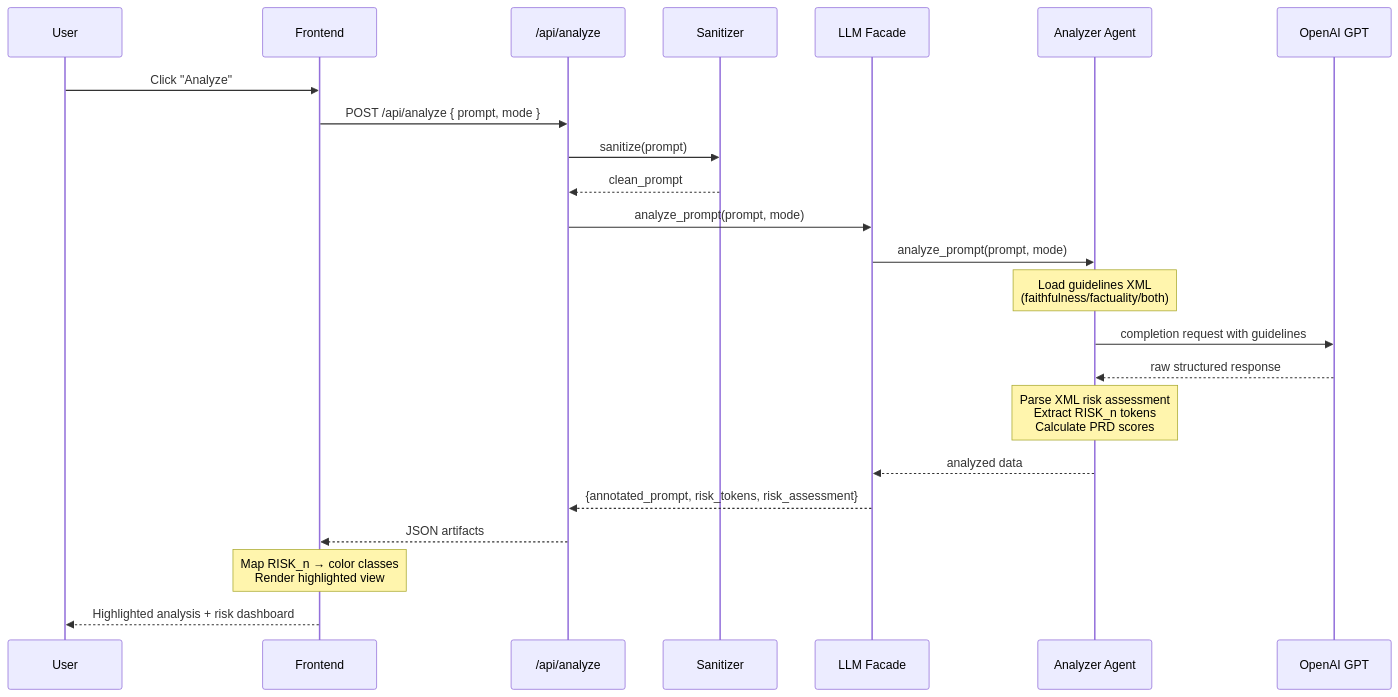
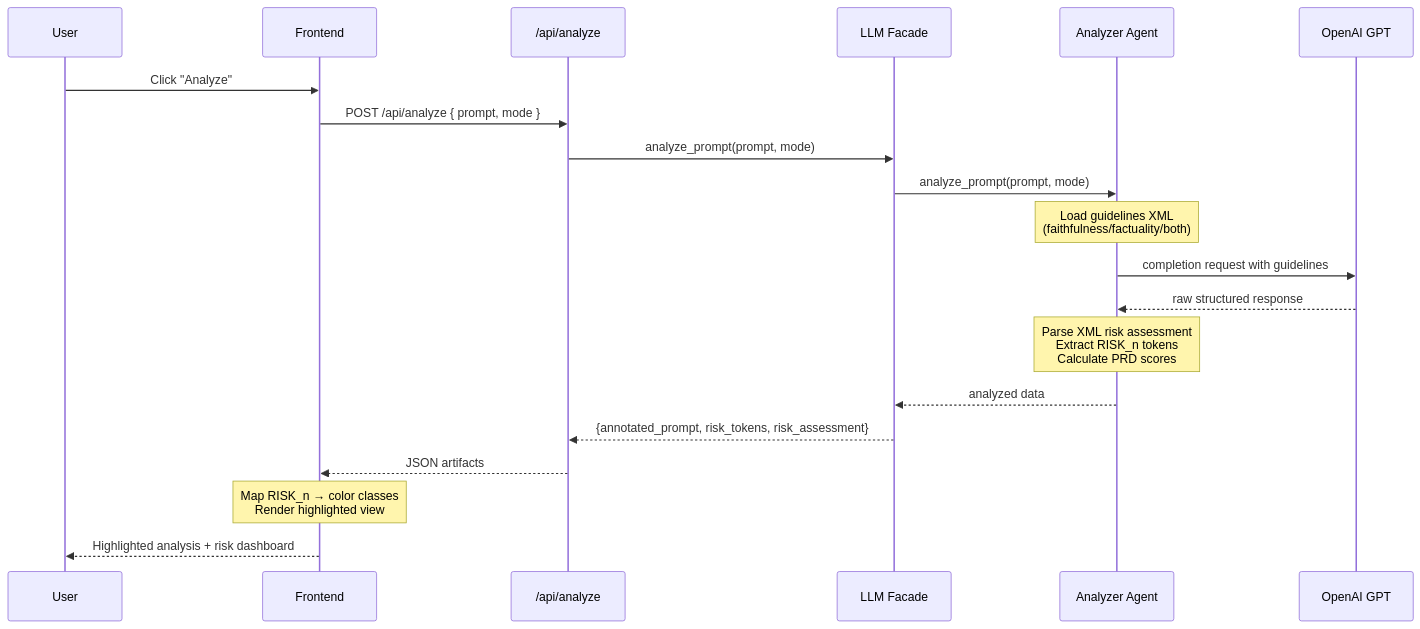
One commit to MoNejjar/echo-hallucination-detect changed the diagram in docs/diagrams/pipeline-sequence.mmd. Above: the diagram before and after it, drawn with Mermaid. The commit also changed 4 other files, not shown here.

First line of the commit message:
fix: remove non-existent Sanitizer from architecture diagrams and docs

```diff
--- a/docs/diagrams/pipeline-sequence.mmd
+++ b/docs/diagrams/pipeline-sequence.mmd
@@ -1,33 +1,30 @@
 %% Processing Pipeline Sequence (Authoritative Source) - Updated for Agent Architecture
 %% Render with: mmdc -i pipeline-sequence.mmd -o pipeline-sequence.svg
 
 sequenceDiagram
   participant U as User
   participant FE as Frontend
   participant Route as /api/analyze
-  participant SAN as Sanitizer
   participant Facade as LLM Facade
   participant Analyzer as Analyzer Agent
   participant MODEL as OpenAI GPT
 
   U->>FE: Click "Analyze"
   FE->>Route: POST /api/analyze { prompt, mode }
-  Route->>SAN: sanitize(prompt)
-  SAN-->>Route: clean_prompt
   Route->>Facade: analyze_prompt(prompt, mode)
   Facade->>Analyzer: analyze_prompt(prompt, mode)
   
   Note over Analyzer: Load guidelines XML<br/>(faithfulness/factuality/both)
   
   Analyzer->>MODEL: completion request with guidelines
   MODEL-->>Analyzer: raw structured response
   
   Note over Analyzer: Parse XML risk assessment<br/>Extract RISK_n tokens<br/>Calculate PRD scores
   
   Analyzer-->>Facade: analyzed data
   Facade-->>Route: {annotated_prompt, risk_tokens, risk_assessment}
   Route-->>FE: JSON artifacts
   
   Note over FE: Map RISK_n → color classes<br/>Render highlighted view
   
   FE-->>U: Highlighted analysis + risk dashboard
```
